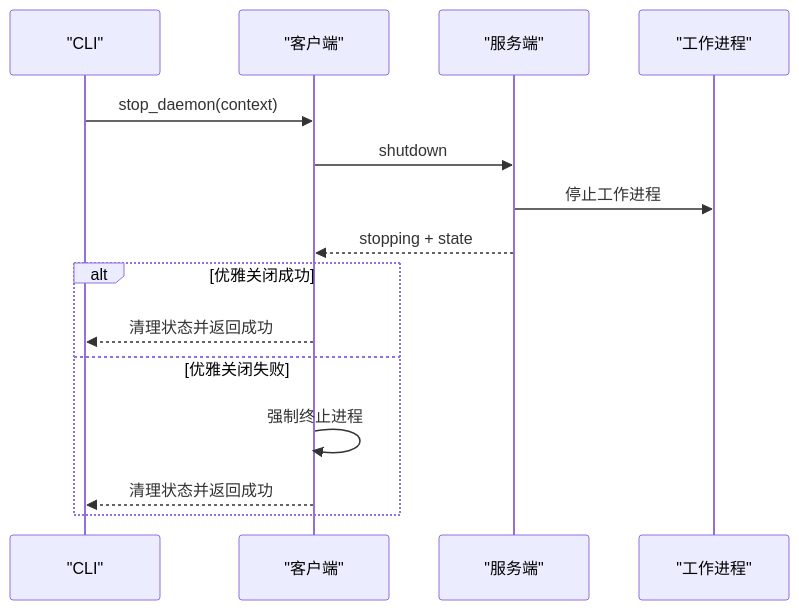
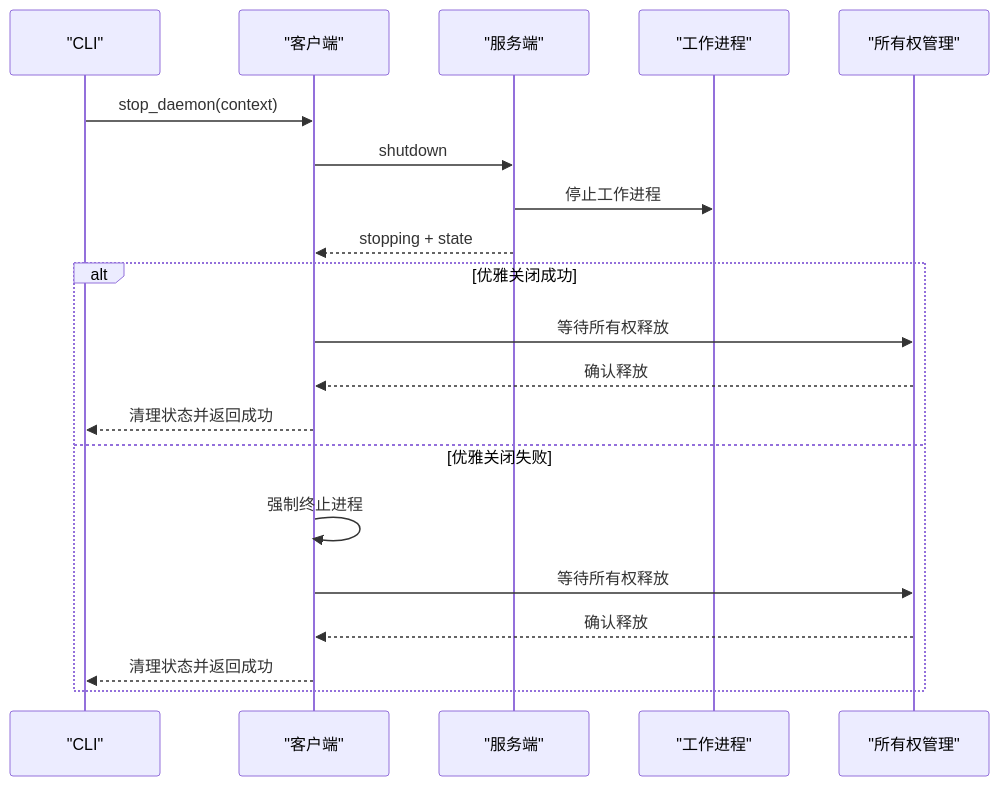
The fourth of 7 diagrams in .qoder/repowiki/zh/content/CLI参考手册/守护进程管理命令.md (haolange/RDC-Tool), drawn with Mermaid before and after one commit. The commit also changed other lines of this file and 67 other files, not shown here.

````diff
--- a/.qoder/repowiki/zh/content/CLI参考手册/守护进程管理命令.md
+++ b/.qoder/repowiki/zh/content/CLI参考手册/守护进程管理命令.md
@@ -144,17 +176,22 @@
 ```mermaid
 sequenceDiagram
 participant CLI as "CLI"
 participant CL as "客户端"
 participant S as "服务端"
 participant W as "工作进程"
+participant O as "所有权管理"
 CLI->>CL : stop_daemon(context)
 CL->>S : shutdown
 S->>W : 停止工作进程
 S-->>CL : stopping + state
 alt 优雅关闭成功
-CL-->>CLI : 清理状态并返回成功
+    CL->>O : 等待所有权释放
+    O-->>CL : 确认释放
+    CL-->>CLI : 清理状态并返回成功
 else 优雅关闭失败
-CL->>CL : 强制终止进程
-CL-->>CLI : 清理状态并返回成功
+    CL->>CL : 强制终止进程
+    CL->>O : 等待所有权释放
+    O-->>CL : 确认释放
+    CL-->>CLI : 清理状态并返回成功
 end
 ```
````
